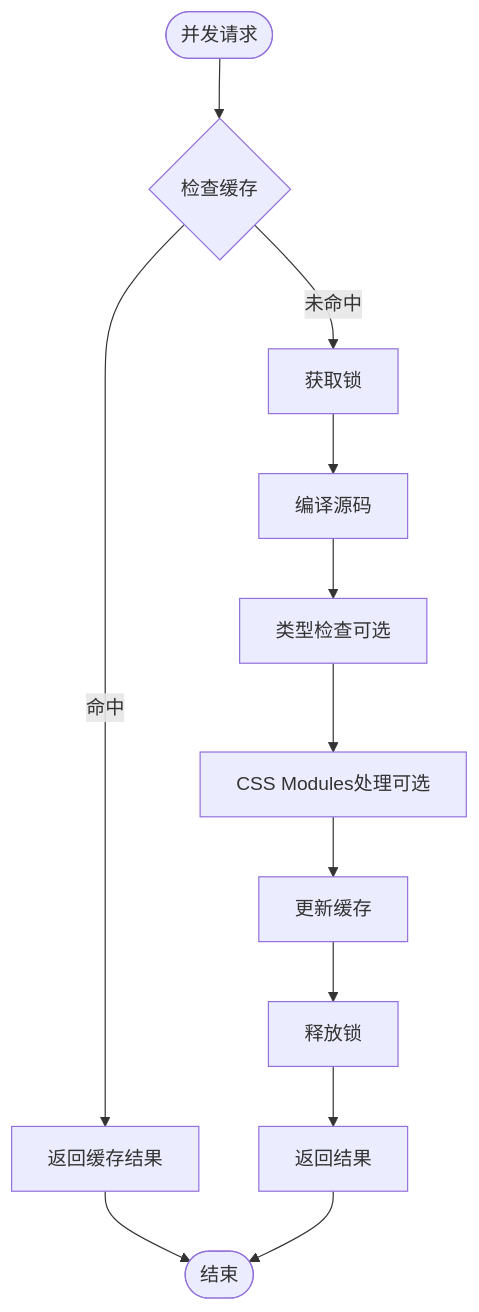
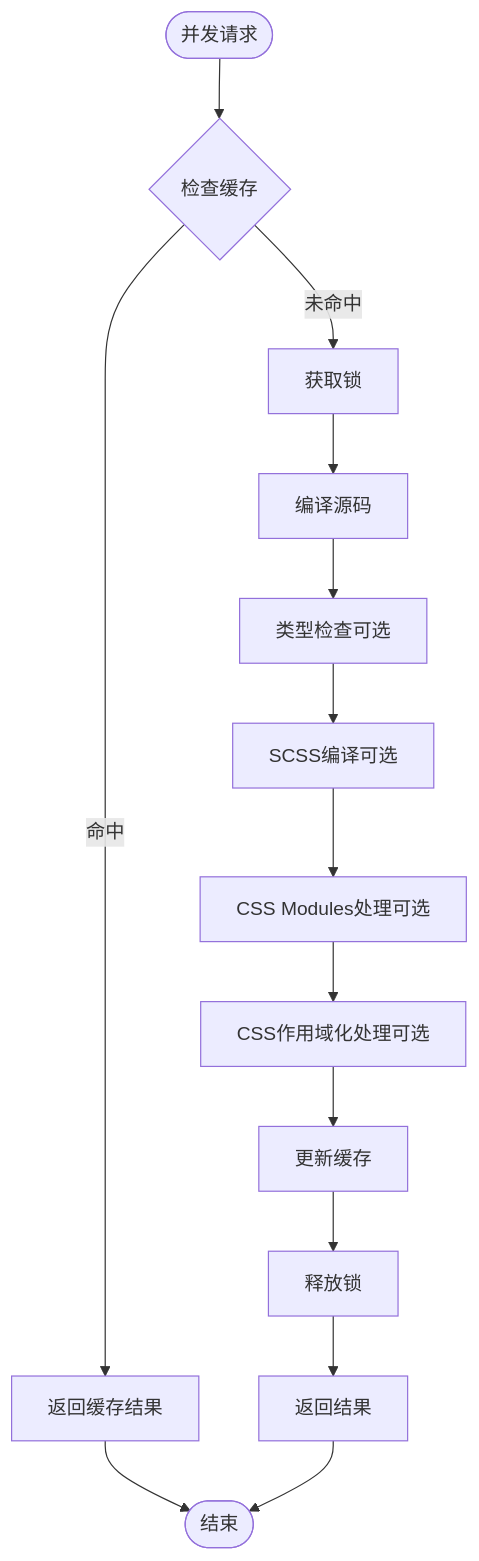
One commit to itszzl-sudo/iris changed diagram 26 of 27 in .qoder/repowiki/zh/content/技术架构详解/即时转译系统/SFC编译器初始化机制/SFC编译器初始化机制.md. Above: the diagram before and after it, drawn with Mermaid. The commit also changed other lines of this file and 10 other files, not shown here.

````diff
--- a/.qoder/repowiki/zh/content/技术架构详解/即时转译系统/SFC编译器初始化机制/SFC编译器初始化机制.md
+++ b/.qoder/repowiki/zh/content/技术架构详解/即时转译系统/SFC编译器初始化机制/SFC编译器初始化机制.md
@@ -1136,14 +1354,16 @@
 ```mermaid
 flowchart TD
 Start([并发请求]) --> CheckCache{"检查缓存"}
 CheckCache --> |命中| ReturnCached["返回缓存结果"]
 CheckCache --> |未命中| AcquireLock["获取锁"]
 AcquireLock --> Compile["编译源码"]
 Compile --> TypeCheck["类型检查可选"]
-TypeCheck --> CssModules["CSS Modules处理可选"]
-CssModules --> UpdateCache["更新缓存"]
+TypeCheck --> ScssCompile["SCSS编译可选"]
+ScssCompile --> CssModules["CSS Modules处理可选"]
+CssModules --> ScopedCss["CSS作用域化处理可选"]
+ScopedCss --> UpdateCache["更新缓存"]
 UpdateCache --> ReleaseLock["释放锁"]
 ReleaseLock --> ReturnResult["返回结果"]
 ReturnCached --> End([结束])
 ReturnResult --> End
 ```
````
